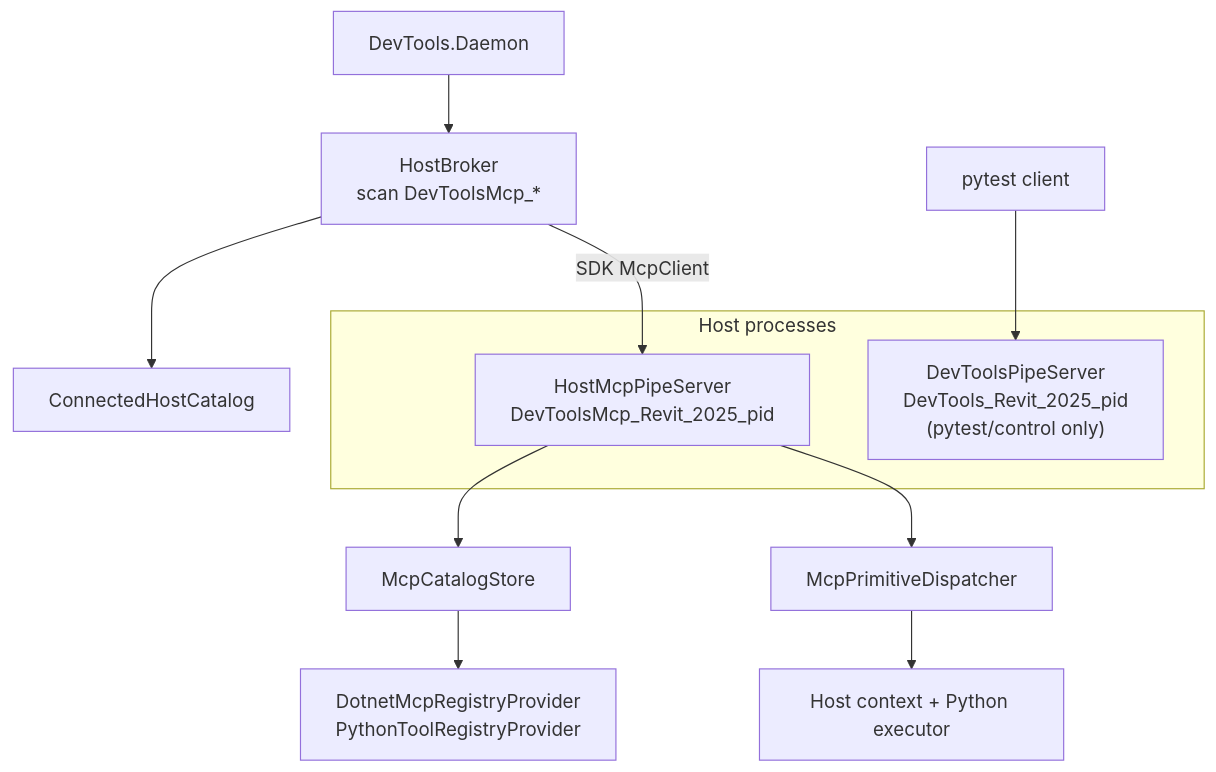
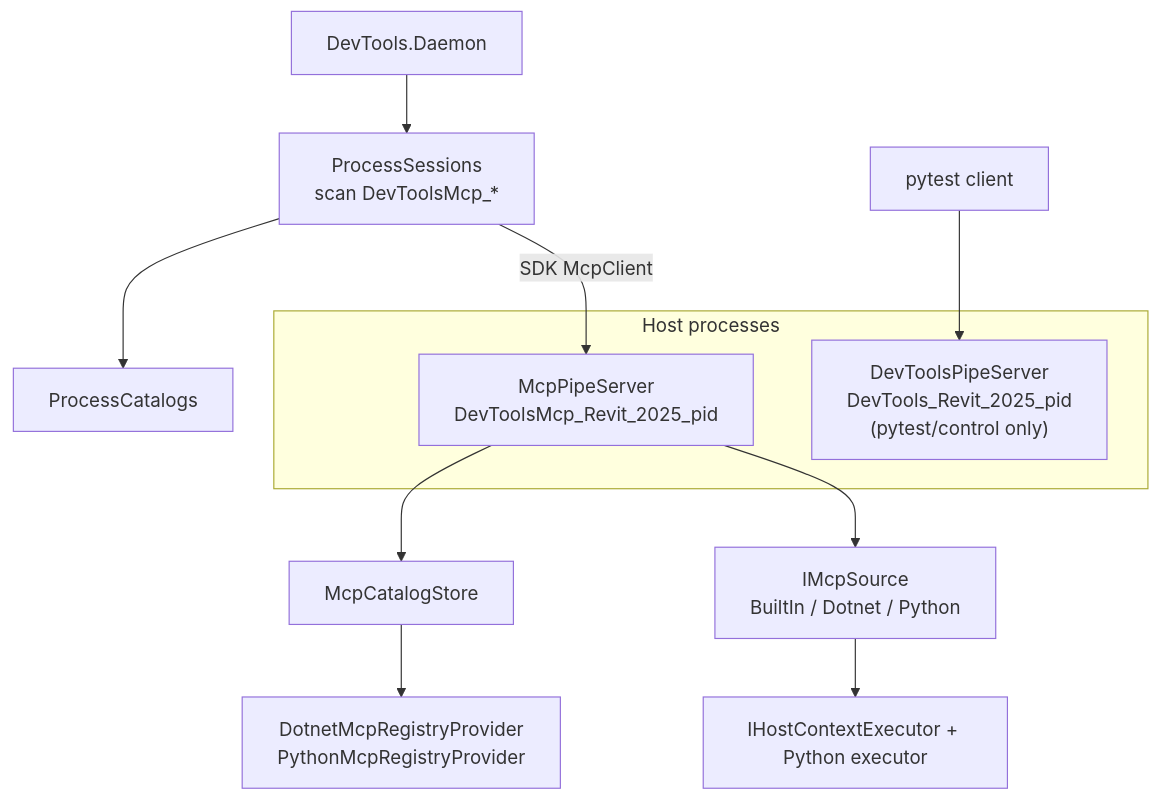
Before and after one commit to trgiangv/RevitDevTool: the first of 2 diagrams in docs/architecture/MCP/in-host-runtime.md, drawn with Mermaid. The commit also changed other lines of this file and 23 other files, not shown here.

First line of the commit message:
docs(mcp): record flow simplification, ADR 0039, and coverage snapshot

````diff
--- a/docs/architecture/MCP/in-host-runtime.md
+++ b/docs/architecture/MCP/in-host-runtime.md
@@ -8,25 +8,25 @@
 ```mermaid
 flowchart TB
     Daemon["DevTools.Daemon"]
-    Broker["HostBroker<br/>scan DevToolsMcp_*"]
-    Catalog["ConnectedHostCatalog"]
+    Sessions["ProcessSessions<br/>scan DevToolsMcp_*"]
+    Catalog["ProcessCatalogs"]
 
     subgraph hosts["Host processes"]
-        McpPipe["HostMcpPipeServer<br/>DevToolsMcp_Revit_2025_pid"]
+        McpPipe["McpPipeServer<br/>DevToolsMcp_Revit_2025_pid"]
         PytestPipe["DevToolsPipeServer<br/>DevTools_Revit_2025_pid<br/>(pytest/control only)"]
     end
 
     Registry["McpCatalogStore"]
-    Providers["DotnetMcpRegistryProvider<br/>PythonToolRegistryProvider"]
-    Dispatch["McpPrimitiveDispatcher"]
-    Host["Host context + Python executor"]
+    Providers["DotnetMcpRegistryProvider<br/>PythonMcpRegistryProvider"]
+    Sources["IMcpSource<br/>BuiltIn / Dotnet / Python"]
+    Host["IHostContextExecutor + Python executor"]
 
-    Daemon --> Broker
-    Broker --> Catalog
-    Broker -->|"SDK McpClient"| McpPipe
+    Daemon --> Sessions
+    Sessions --> Catalog
+    Sessions -->|"SDK McpClient"| McpPipe
     McpPipe --> Registry
     Registry --> Providers
-    McpPipe --> Dispatch
-    Dispatch --> Host
+    McpPipe --> Sources
+    Sources --> Host
     Pytest["pytest client"] --> PytestPipe
 ```
````
